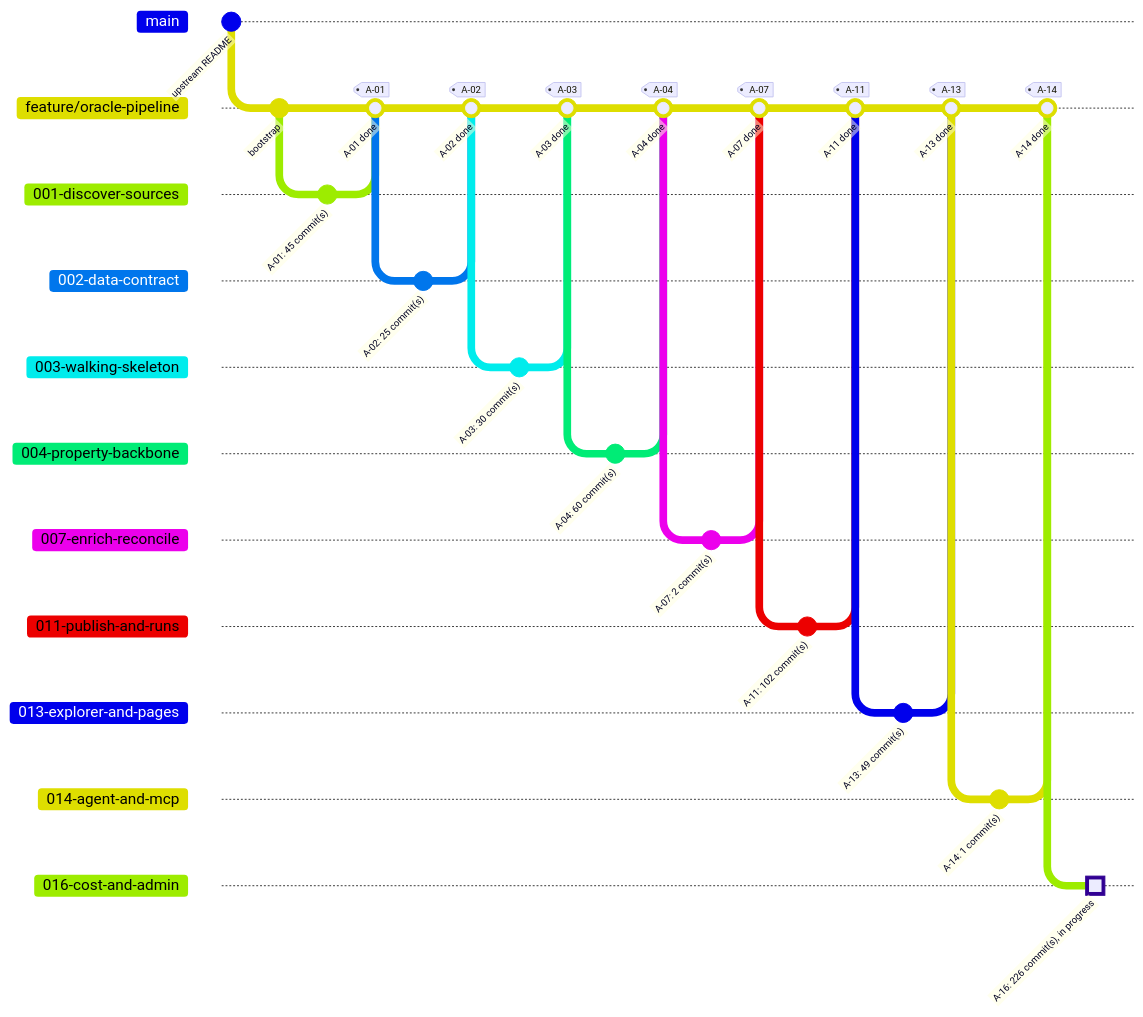
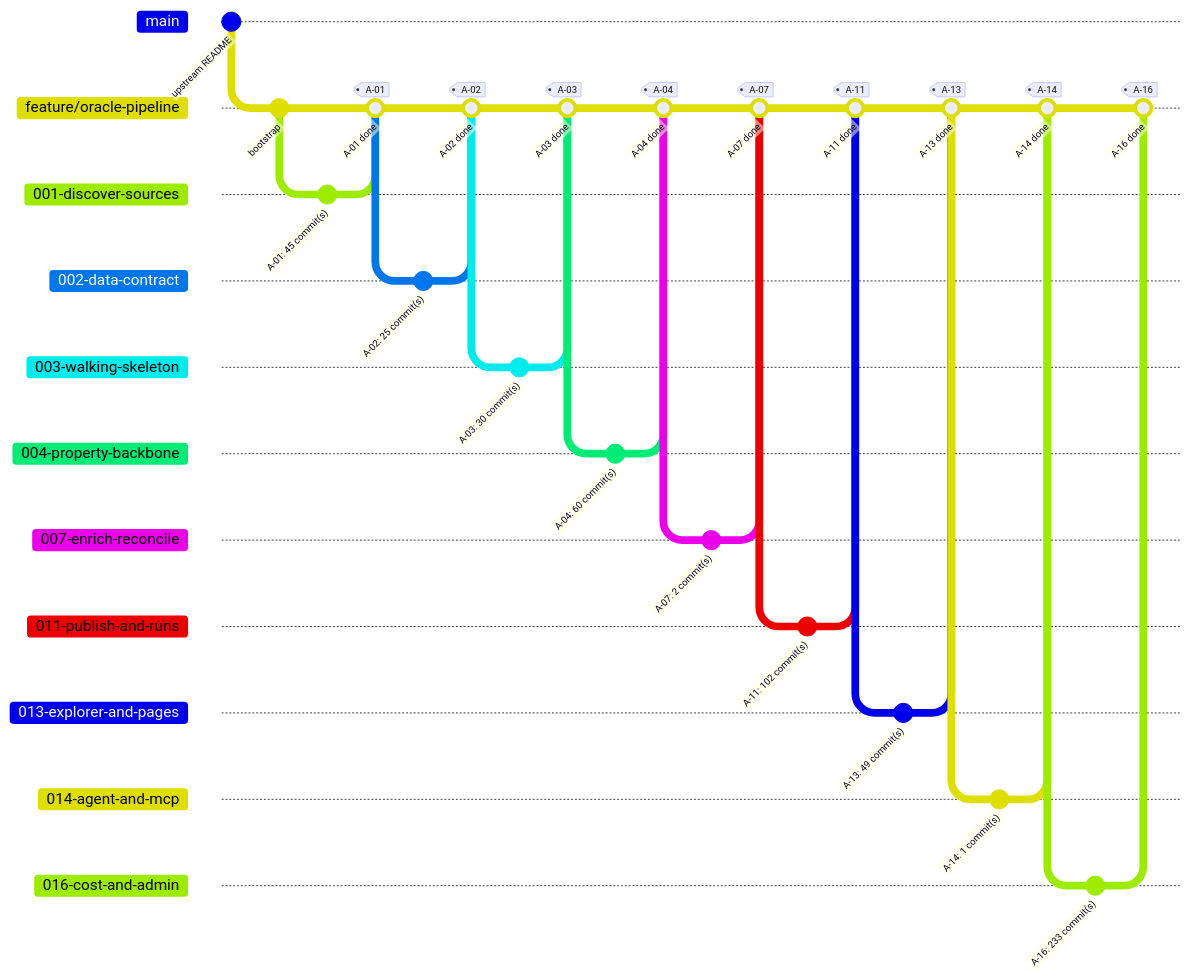
The second of 2 diagrams in docs/progress.md (HebaGaber/oracle-property-intelligence-platform-pipeline-travis-tx), drawn with Mermaid before and after one commit. The commit also changed other lines of this file, not shown here.

Commit message:
A-16: update progress after the A-16 merge (9 of 9 stories done)

````diff
--- a/docs/progress.md
+++ b/docs/progress.md
@@ -19,42 +19,43 @@
 ```mermaid
 %%{init: { 'gitGraph': { 'mainBranchName': 'main', 'showCommitLabel': true } } }%%
 gitGraph
   commit id: "upstream README"
   branch "feature/oracle-pipeline"
   commit id: "bootstrap"
   branch "001-discover-sources"
   commit id: "A-01: 45 commit(s)"
   checkout "feature/oracle-pipeline"
   merge "001-discover-sources" id: "A-01 done" tag: "A-01"
   branch "002-data-contract"
   commit id: "A-02: 25 commit(s)"
   checkout "feature/oracle-pipeline"
   merge "002-data-contract" id: "A-02 done" tag: "A-02"
   branch "003-walking-skeleton"
   commit id: "A-03: 30 commit(s)"
   checkout "feature/oracle-pipeline"
   merge "003-walking-skeleton" id: "A-03 done" tag: "A-03"
   branch "004-property-backbone"
   commit id: "A-04: 60 commit(s)"
   checkout "feature/oracle-pipeline"
   merge "004-property-backbone" id: "A-04 done" tag: "A-04"
   branch "007-enrich-reconcile"
   commit id: "A-07: 2 commit(s)"
   checkout "feature/oracle-pipeline"
   merge "007-enrich-reconcile" id: "A-07 done" tag: "A-07"
   branch "011-publish-and-runs"
   commit id: "A-11: 102 commit(s)"
   checkout "feature/oracle-pipeline"
   merge "011-publish-and-runs" id: "A-11 done" tag: "A-11"
   branch "013-explorer-and-pages"
   commit id: "A-13: 49 commit(s)"
   checkout "feature/oracle-pipeline"
   merge "013-explorer-and-pages" id: "A-13 done" tag: "A-13"
   branch "014-agent-and-mcp"
   commit id: "A-14: 1 commit(s)"
   checkout "feature/oracle-pipeline"
   merge "014-agent-and-mcp" id: "A-14 done" tag: "A-14"
   branch "016-cost-and-admin"
-  commit id: "A-16: 226 commit(s), in progress" type: HIGHLIGHT
+  commit id: "A-16: 233 commit(s)"
   checkout "feature/oracle-pipeline"
+  merge "016-cost-and-admin" id: "A-16 done" tag: "A-16"
 ```
````
